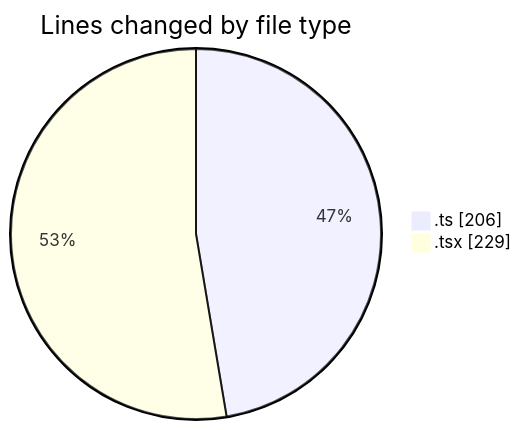
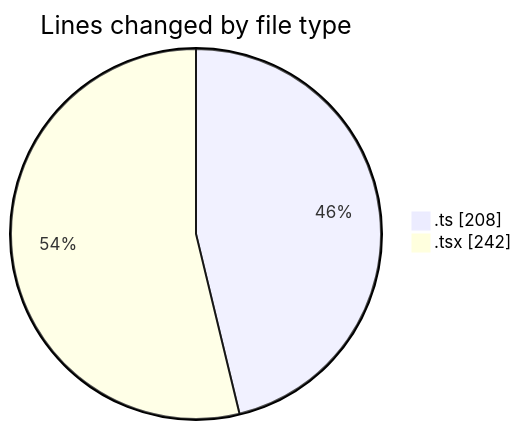
The first of 2 diagrams in 2025-01-27/termonied-web/README.md (robertbonfada/code-tracking), drawn with Mermaid before and after one commit. The commit also changed other lines of this file and 1 other file, not shown here.

````diff
--- a/2025-01-27/termonied-web/README.md
+++ b/2025-01-27/termonied-web/README.md
@@ -24,6 +24,6 @@
 ```mermaid
 pie showData
 title Lines changed by file type
-".ts" : 206
-".tsx" : 229
+".ts" : 208
+".tsx" : 242
 ```
````
